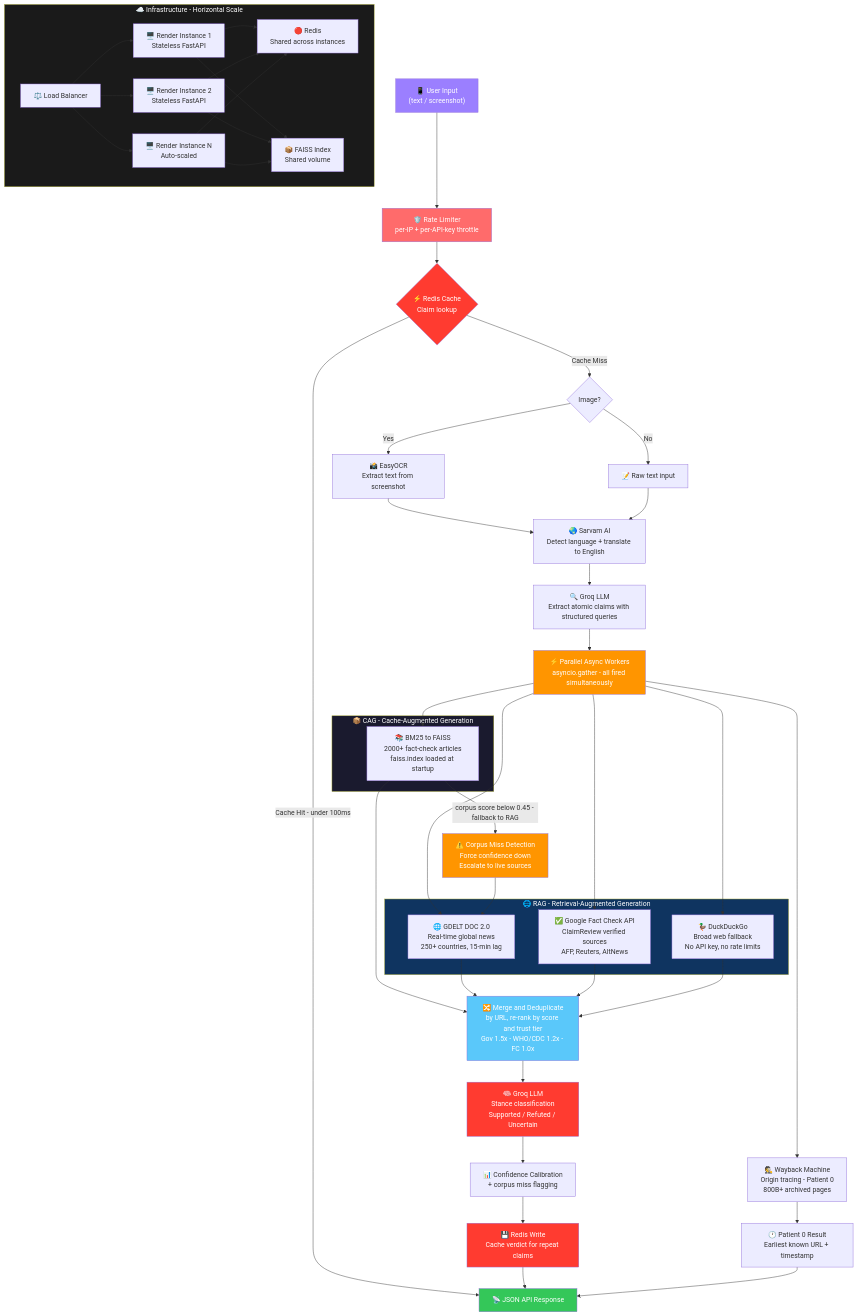
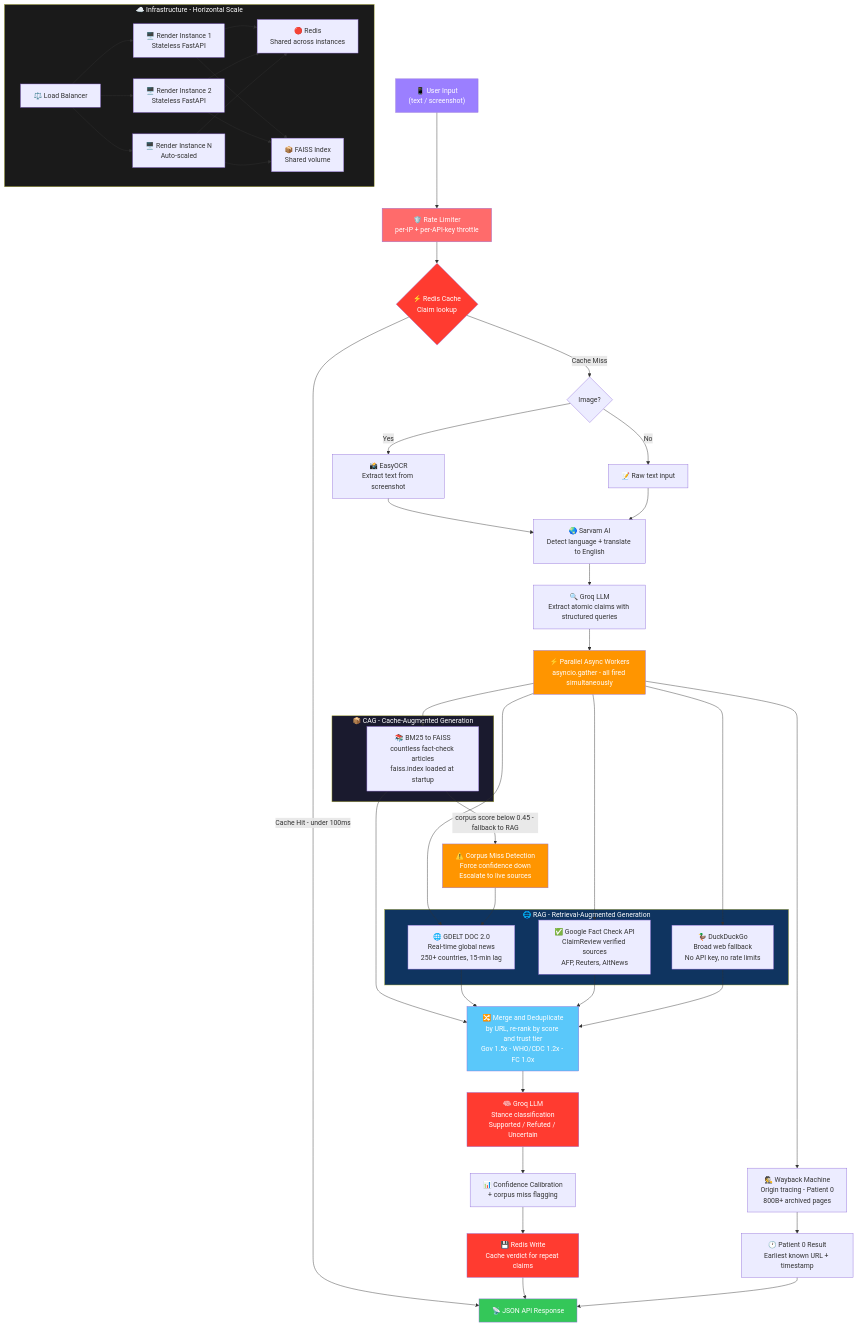
One commit to krednie/AIfactChecker changed the diagram in README.md. Above: the diagram before and after it, drawn with Mermaid.

Commit message:
Revise fact-check articles count in README
Updated README to reflect the change from '2000+' to 'countless' for fact-check articles.

````diff
--- a/README.md
+++ b/README.md
@@ -79,71 +79,71 @@
 ```mermaid
 flowchart TD
     A["📱 User Input<br/>(text / screenshot)"] --> RL["🛡️ Rate Limiter<br/>per-IP + per-API-key throttle"]
     RL --> RC{"⚡ Redis Cache<br/>Claim lookup"}
     RC -->|Cache Hit - under 100ms| Q
     RC -->|Cache Miss| B{"Image?"}
 
     B -->|Yes| C["📸 EasyOCR<br/>Extract text from screenshot"]
     B -->|No| D["📝 Raw text input"]
     C --> E["🌏 Sarvam AI<br/>Detect language + translate to English"]
     D --> E
     E --> F["🔍 Groq LLM<br/>Extract atomic claims with structured queries"]
     F --> G["⚡ Parallel Async Workers<br/>asyncio.gather - all fired simultaneously"]
 
     subgraph CAG ["📦 CAG - Cache-Augmented Generation"]
-        H["📚 BM25 to FAISS<br/>2000+ fact-check articles<br/>faiss.index loaded at startup"]
+        H["📚 BM25 to FAISS<br/>countless fact-check articles<br/>faiss.index loaded at startup"]
     end
 
     subgraph RAG ["🌐 RAG - Retrieval-Augmented Generation"]
         I["🌐 GDELT DOC 2.0<br/>Real-time global news<br/>250+ countries, 15-min lag"]
         J["✅ Google Fact Check API<br/>ClaimReview verified sources<br/>AFP, Reuters, AltNews"]
         K["🦆 DuckDuckGo<br/>Broad web fallback<br/>No API key, no rate limits"]
     end
 
     G --> H
     G --> I
     G --> J
     G --> K
     G --> L["🕵️ Wayback Machine<br/>Origin tracing - Patient 0<br/>800B+ archived pages"]
 
     H -->|corpus score below 0.45 - fallback to RAG| CM["⚠️ Corpus Miss Detection<br/>Force confidence down<br/>Escalate to live sources"]
     CM --> I
 
     H --> M["🔀 Merge and Deduplicate<br/>by URL, re-rank by score and trust tier<br/>Gov 1.5x - WHO/CDC 1.2x - FC 1.0x"]
     I --> M
     J --> M
     K --> M
 
     M --> N["🧠 Groq LLM<br/>Stance classification<br/>Supported / Refuted / Uncertain"]
     N --> O["📊 Confidence Calibration<br/>+ corpus miss flagging"]
     L --> P["🕐 Patient 0 Result<br/>Earliest known URL + timestamp"]
 
     O --> RW["💾 Redis Write<br/>Cache verdict for repeat claims"]
     RW --> Q["📡 JSON API Response"]
     P --> Q
 
     subgraph INFRA ["☁️ Infrastructure - Horizontal Scale"]
         LB["⚖️ Load Balancer"] --> R1["🖥️ Render Instance 1<br/>Stateless FastAPI"]
         LB --> R2["🖥️ Render Instance 2<br/>Stateless FastAPI"]
         LB --> R3["🖥️ Render Instance N<br/>Auto-scaled"]
         R1 --> REDIS["🔴 Redis<br/>Shared across instances"]
         R2 --> REDIS
         R3 --> REDIS
         R1 --> FAISS_SHARED["📦 FAISS Index<br/>Shared volume"]
         R2 --> FAISS_SHARED
         R3 --> FAISS_SHARED
     end
 
     style A fill:#9B7FFF,color:#fff
     style G fill:#FF9500,color:#fff
     style Q fill:#34C759,color:#fff
     style M fill:#5AC8FA,color:#fff
     style N fill:#FF3B30,color:#fff
     style RC fill:#FF3B30,color:#fff
     style RL fill:#FF6B6B,color:#fff
     style CM fill:#FF9500,color:#fff
     style RW fill:#FF3B30,color:#fff
     style CAG fill:#1a1a2e,color:#fff
     style RAG fill:#0f3460,color:#fff
     style INFRA fill:#1a1a1a,color:#fff
 ```
````
